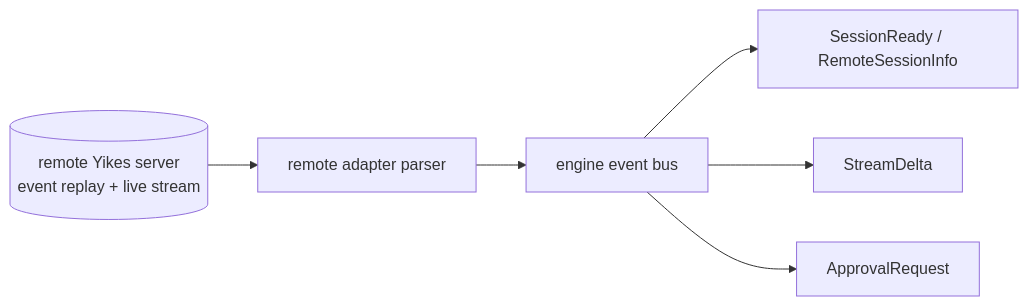
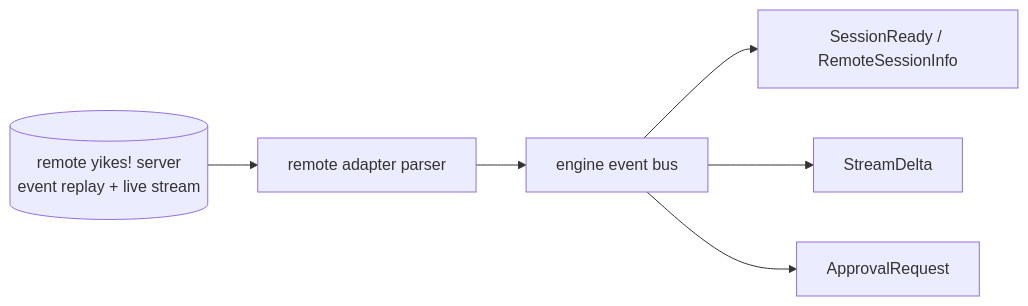
Before and after one commit to Alyxion/yikes: the third of 4 diagrams in docs/streaming.md, drawn with Mermaid. The commit also changed other lines of this file and 36 other files, not shown here.

````diff
--- a/docs/streaming.md
+++ b/docs/streaming.md
@@ -88,8 +88,8 @@
 ```mermaid
 flowchart LR
-    src[("remote Yikes server<br/>event replay + live stream")] --> parse[remote adapter parser]
+    src[("remote yikes! server<br/>event replay + live stream")] --> parse[remote adapter parser]
     parse --> evbus[engine event bus]
     evbus --> status["SessionReady / RemoteSessionInfo"]
     evbus --> stream["StreamDelta"]
     evbus --> approval["ApprovalRequest"]
 ```
````
